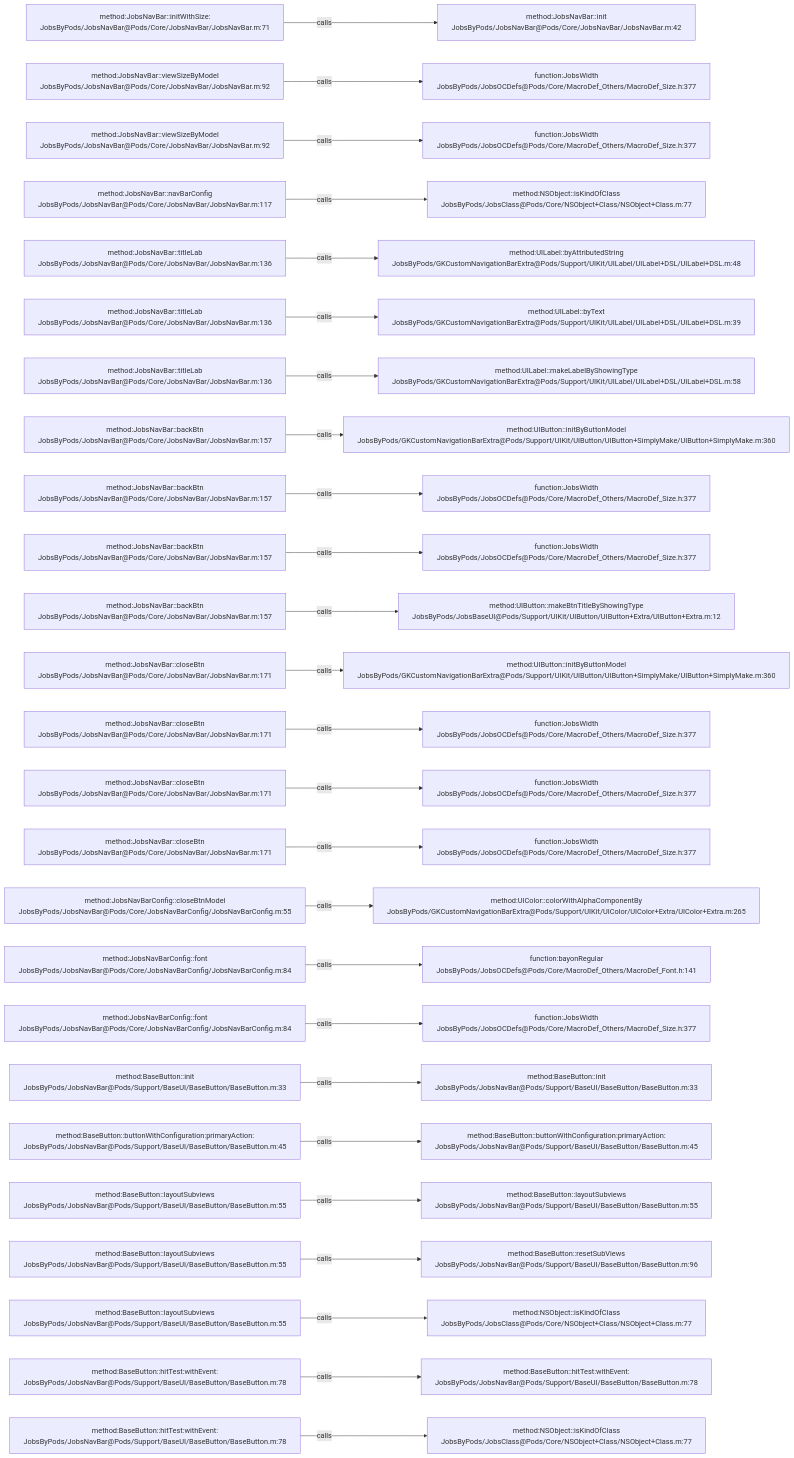
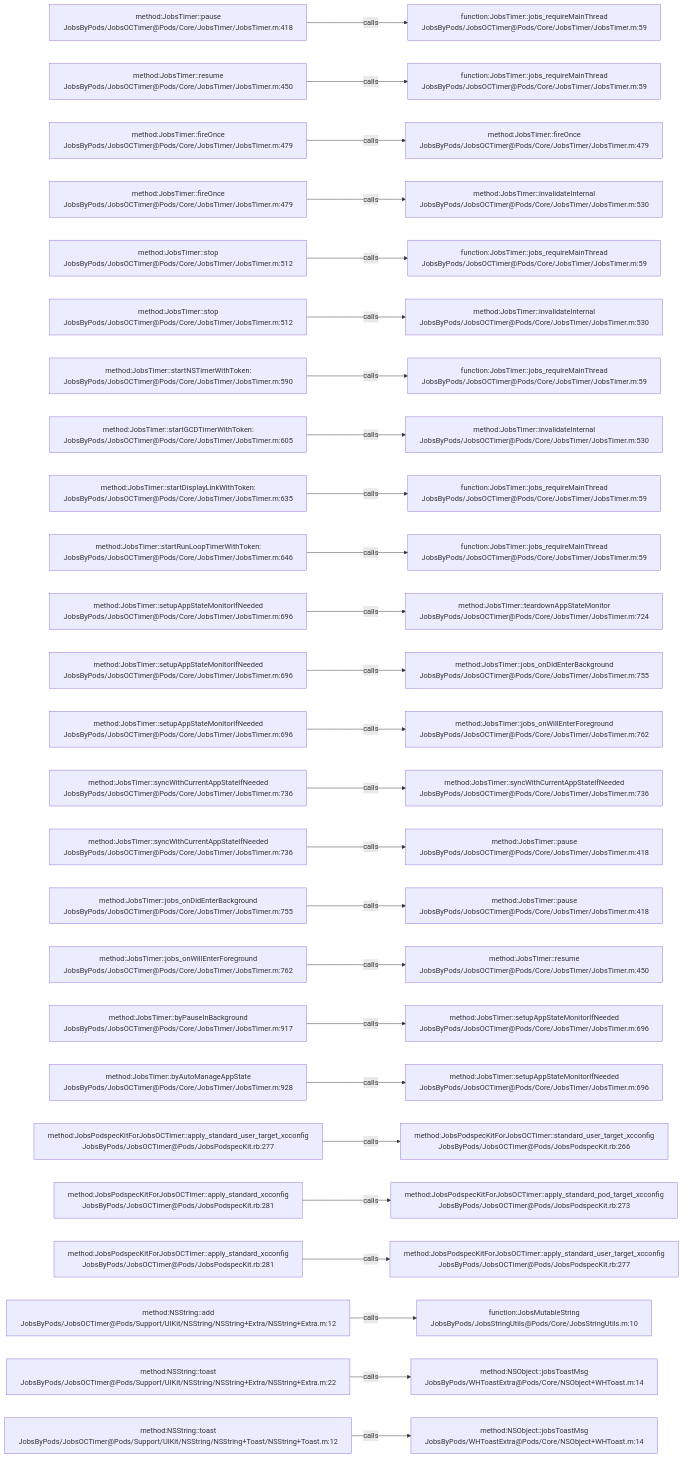
Before and after one commit to JobsKits/JobsOCBaseConfigDemo: the diagram in .codegraph/codegraph.md/graphs/calls-145.md, drawn with Mermaid. The commit also changed 1026 other files, not shown here.

````diff
--- a/.codegraph/codegraph.md/graphs/calls-145.md
+++ b/.codegraph/codegraph.md/graphs/calls-145.md
@@ -13,78 +13,78 @@
 ```mermaid
 flowchart LR
-  S1["method:JobsNavBar::initWithSize:<br/>JobsByPods/JobsNavBar@Pods/Core/JobsNavBar/JobsNavBar.m:71"]
-  T1["method:JobsNavBar::init<br/>JobsByPods/JobsNavBar@Pods/Core/JobsNavBar/JobsNavBar.m:42"]
+  S1["method:JobsTimer::pause<br/>JobsByPods/JobsOCTimer@Pods/Core/JobsTimer/JobsTimer.m:418"]
+  T1["function:JobsTimer::jobs_requireMainThread<br/>JobsByPods/JobsOCTimer@Pods/Core/JobsTimer/JobsTimer.m:59"]
   S1 -->|calls| T1
-  S2["method:JobsNavBar::viewSizeByModel<br/>JobsByPods/JobsNavBar@Pods/Core/JobsNavBar/JobsNavBar.m:92"]
-  T2["function:JobsWidth<br/>JobsByPods/JobsOCDefs@Pods/Core/MacroDef_Others/MacroDef_Size.h:377"]
+  S2["method:JobsTimer::resume<br/>JobsByPods/JobsOCTimer@Pods/Core/JobsTimer/JobsTimer.m:450"]
+  T2["function:JobsTimer::jobs_requireMainThread<br/>JobsByPods/JobsOCTimer@Pods/Core/JobsTimer/JobsTimer.m:59"]
   S2 -->|calls| T2
-  S3["method:JobsNavBar::viewSizeByModel<br/>JobsByPods/JobsNavBar@Pods/Core/JobsNavBar/JobsNavBar.m:92"]
-  T3["function:JobsWidth<br/>JobsByPods/JobsOCDefs@Pods/Core/MacroDef_Others/MacroDef_Size.h:377"]
+  S3["method:JobsTimer::fireOnce<br/>JobsByPods/JobsOCTimer@Pods/Core/JobsTimer/JobsTimer.m:479"]
+  T3["method:JobsTimer::fireOnce<br/>JobsByPods/JobsOCTimer@Pods/Core/JobsTimer/JobsTimer.m:479"]
   S3 -->|calls| T3
-  S4["method:JobsNavBar::navBarConfig<br/>JobsByPods/JobsNavBar@Pods/Core/JobsNavBar/JobsNavBar.m:117"]
-  T4["method:NSObject::isKindOfClass<br/>JobsByPods/JobsClass@Pods/Core/NSObject+Class/NSObject+Class.m:77"]
+  S4["method:JobsTimer::fireOnce<br/>JobsByPods/JobsOCTimer@Pods/Core/JobsTimer/JobsTimer.m:479"]
+  T4["method:JobsTimer::invalidateInternal<br/>JobsByPods/JobsOCTimer@Pods/Core/JobsTimer/JobsTimer.m:530"]
   S4 -->|calls| T4
-  S5["method:JobsNavBar::titleLab<br/>JobsByPods/JobsNavBar@Pods/Core/JobsNavBar/JobsNavBar.m:136"]
-  T5["method:UILabel::byAttributedString<br/>JobsByPods/GKCustomNavigationBarExtra@Pods/Support/UIKit/UILabel/UILabel+DSL/UILabel+DSL.m:48"]
+  S5["method:JobsTimer::stop<br/>JobsByPods/JobsOCTimer@Pods/Core/JobsTimer/JobsTimer.m:512"]
+  T5["function:JobsTimer::jobs_requireMainThread<br/>JobsByPods/JobsOCTimer@Pods/Core/JobsTimer/JobsTimer.m:59"]
   S5 -->|calls| T5
-  S6["method:JobsNavBar::titleLab<br/>JobsByPods/JobsNavBar@Pods/Core/JobsNavBar/JobsNavBar.m:136"]
-  T6["method:UILabel::byText<br/>JobsByPods/GKCustomNavigationBarExtra@Pods/Support/UIKit/UILabel/UILabel+DSL/UILabel+DSL.m:39"]
+  S6["method:JobsTimer::stop<br/>JobsByPods/JobsOCTimer@Pods/Core/JobsTimer/JobsTimer.m:512"]
+  T6["method:JobsTimer::invalidateInternal<br/>JobsByPods/JobsOCTimer@Pods/Core/JobsTimer/JobsTimer.m:530"]
   S6 -->|calls| T6
-  S7["method:JobsNavBar::titleLab<br/>JobsByPods/JobsNavBar@Pods/Core/JobsNavBar/JobsNavBar.m:136"]
-  T7["method:UILabel::makeLabelByShowingType<br/>JobsByPods/GKCustomNavigationBarExtra@Pods/Support/UIKit/UILabel/UILabel+DSL/UILabel+DSL.m:58"]
+  S7["method:JobsTimer::startNSTimerWithToken:<br/>JobsByPods/JobsOCTimer@Pods/Core/JobsTimer/JobsTimer.m:590"]
+  T7["function:JobsTimer::jobs_requireMainThread<br/>JobsByPods/JobsOCTimer@Pods/Core/JobsTimer/JobsTimer.m:59"]
   S7 -->|calls| T7
-  S8["method:JobsNavBar::backBtn<br/>JobsByPods/JobsNavBar@Pods/Core/JobsNavBar/JobsNavBar.m:157"]
-  T8["method:UIButton::initByButtonModel<br/>JobsByPods/GKCustomNavigationBarExtra@Pods/Support/UIKit/UIButton/UIButton+SimplyMake/UIButton+SimplyMake.m:360"]
+  S8["method:JobsTimer::startGCDTimerWithToken:<br/>JobsByPods/JobsOCTimer@Pods/Core/JobsTimer/JobsTimer.m:605"]
+  T8["method:JobsTimer::invalidateInternal<br/>JobsByPods/JobsOCTimer@Pods/Core/JobsTimer/JobsTimer.m:530"]
   S8 -->|calls| T8
-  S9["method:JobsNavBar::backBtn<br/>JobsByPods/JobsNavBar@Pods/Core/JobsNavBar/JobsNavBar.m:157"]
-  T9["function:JobsWidth<br/>JobsByPods/JobsOCDefs@Pods/Core/MacroDef_Others/MacroDef_Size.h:377"]
+  S9["method:JobsTimer::startDisplayLinkWithToken:<br/>JobsByPods/JobsOCTimer@Pods/Core/JobsTimer/JobsTimer.m:635"]
+  T9["function:JobsTimer::jobs_requireMainThread<br/>JobsByPods/JobsOCTimer@Pods/Core/JobsTimer/JobsTimer.m:59"]
   S9 -->|calls| T9
-  S10["method:JobsNavBar::backBtn<br/>JobsByPods/JobsNavBar@Pods/Core/JobsNavBar/JobsNavBar.m:157"]
-  T10["function:JobsWidth<br/>JobsByPods/JobsOCDefs@Pods/Core/MacroDef_Others/MacroDef_Size.h:377"]
+  S10["method:JobsTimer::startRunLoopTimerWithToken:<br/>JobsByPods/JobsOCTimer@Pods/Core/JobsTimer/JobsTimer.m:646"]
+  T10["function:JobsTimer::jobs_requireMainThread<br/>JobsByPods/JobsOCTimer@Pods/Core/JobsTimer/JobsTimer.m:59"]
   S10 -->|calls| T10
-  S11["method:JobsNavBar::backBtn<br/>JobsByPods/JobsNavBar@Pods/Core/JobsNavBar/JobsNavBar.m:157"]
-  T11["method:UIButton::makeBtnTitleByShowingType<br/>JobsByPods/JobsBaseUI@Pods/Support/UIKit/UIButton/UIButton+Extra/UIButton+Extra.m:12"]
+  S11["method:JobsTimer::setupAppStateMonitorIfNeeded<br/>JobsByPods/JobsOCTimer@Pods/Core/JobsTimer/JobsTimer.m:696"]
+  T11["method:JobsTimer::teardownAppStateMonitor<br/>JobsByPods/JobsOCTimer@Pods/Core/JobsTimer/JobsTimer.m:724"]
   S11 -->|calls| T11
-  S12["method:JobsNavBar::closeBtn<br/>JobsByPods/JobsNavBar@Pods/Core/JobsNavBar/JobsNavBar.m:171"]
-  T12["method:UIButton::initByButtonModel<br/>JobsByPods/GKCustomNavigationBarExtra@Pods/Support/UIKit/UIButton/UIButton+SimplyMake/UIButton+SimplyMake.m:360"]
+  S12["method:JobsTimer::setupAppStateMonitorIfNeeded<br/>JobsByPods/JobsOCTimer@Pods/Core/JobsTimer/JobsTimer.m:696"]
+  T12["method:JobsTimer::jobs_onDidEnterBackground<br/>JobsByPods/JobsOCTimer@Pods/Core/JobsTimer/JobsTimer.m:755"]
   S12 -->|calls| T12
-  S13["method:JobsNavBar::closeBtn<br/>JobsByPods/JobsNavBar@Pods/Core/JobsNavBar/JobsNavBar.m:171"]
-  T13["function:JobsWidth<br/>JobsByPods/JobsOCDefs@Pods/Core/MacroDef_Others/MacroDef_Size.h:377"]
+  S13["method:JobsTimer::setupAppStateMonitorIfNeeded<br/>JobsByPods/JobsOCTimer@Pods/Core/JobsTimer/JobsTimer.m:696"]
+  T13["method:JobsTimer::jobs_onWillEnterForeground<br/>JobsByPods/JobsOCTimer@Pods/Core/JobsTimer/JobsTimer.m:762"]
   S13 -->|calls| T13
-  S14["method:JobsNavBar::closeBtn<br/>JobsByPods/JobsNavBar@Pods/Core/JobsNavBar/JobsNavBar.m:171"]
-  T14["function:JobsWidth<br/>JobsByPods/JobsOCDefs@Pods/Core/MacroDef_Others/MacroDef_Size.h:377"]
+  S14["method:JobsTimer::syncWithCurrentAppStateIfNeeded<br/>JobsByPods/JobsOCTimer@Pods/Core/JobsTimer/JobsTimer.m:736"]
+  T14["method:JobsTimer::syncWithCurrentAppStateIfNeeded<br/>JobsByPods/JobsOCTimer@Pods/Core/JobsTimer/JobsTimer.m:736"]
   S14 -->|calls| T14
-  S15["method:JobsNavBar::closeBtn<br/>JobsByPods/JobsNavBar@Pods/Core/JobsNavBar/JobsNavBar.m:171"]
-  T15["function:JobsWidth<br/>JobsByPods/JobsOCDefs@Pods/Core/MacroDef_Others/MacroDef_Size.h:377"]
+  S15["method:JobsTimer::syncWithCurrentAppStateIfNeeded<br/>JobsByPods/JobsOCTimer@Pods/Core/JobsTimer/JobsTimer.m:736"]
+  T15["method:JobsTimer::pause<br/>JobsByPods/JobsOCTimer@Pods/Core/JobsTimer/JobsTimer.m:418"]
   S15 -->|calls| T15
-  S16["method:JobsNavBarConfig::closeBtnModel<br/>JobsByPods/JobsNavBar@Pods/Core/JobsNavBarConfig/JobsNavBarConfig.m:55"]
-  T16["method:UIColor::colorWithAlphaComponentBy<br/>JobsByPods/GKCustomNavigationBarExtra@Pods/Support/UIKit/UIColor/UIColor+Extra/UIColor+Extra.m:265"]
+  S16["method:JobsTimer::jobs_onDidEnterBackground<br/>JobsByPods/JobsOCTimer@Pods/Core/JobsTimer/JobsTimer.m:755"]
+  T16["method:JobsTimer::pause<br/>JobsByPods/JobsOCTimer@Pods/Core/JobsTimer/JobsTimer.m:418"]
   S16 -->|calls| T16
-  S17["method:JobsNavBarConfig::font<br/>JobsByPods/JobsNavBar@Pods/Core/JobsNavBarConfig/JobsNavBarConfig.m:84"]
-  T17["function:bayonRegular<br/>JobsByPods/JobsOCDefs@Pods/Core/MacroDef_Others/MacroDef_Font.h:141"]
+  S17["method:JobsTimer::jobs_onWillEnterForeground<br/>JobsByPods/JobsOCTimer@Pods/Core/JobsTimer/JobsTimer.m:762"]
+  T17["method:JobsTimer::resume<br/>JobsByPods/JobsOCTimer@Pods/Core/JobsTimer/JobsTimer.m:450"]
   S17 -->|calls| T17
-  S18["method:JobsNavBarConfig::font<br/>JobsByPods/JobsNavBar@Pods/Core/JobsNavBarConfig/JobsNavBarConfig.m:84"]
-  T18["function:JobsWidth<br/>JobsByPods/JobsOCDefs@Pods/Core/MacroDef_Others/MacroDef_Size.h:377"]
+  S18["method:JobsTimer::byPauseInBackground<br/>JobsByPods/JobsOCTimer@Pods/Core/JobsTimer/JobsTimer.m:917"]
+  T18["method:JobsTimer::setupAppStateMonitorIfNeeded<br/>JobsByPods/JobsOCTimer@Pods/Core/JobsTimer/JobsTimer.m:696"]
   S18 -->|calls| T18
-  S19["method:BaseButton::init<br/>JobsByPods/JobsNavBar@Pods/Support/BaseUI/BaseButton/BaseButton.m:33"]
-  T19["method:BaseButton::init<br/>JobsByPods/JobsNavBar@Pods/Support/BaseUI/BaseButton/BaseButton.m:33"]
+  S19["method:JobsTimer::byAutoManageAppState<br/>JobsByPods/JobsOCTimer@Pods/Core/JobsTimer/JobsTimer.m:928"]
+  T19["method:JobsTimer::setupAppStateMonitorIfNeeded<br/>JobsByPods/JobsOCTimer@Pods/Core/JobsTimer/JobsTimer.m:696"]
   S19 -->|calls| T19
-  S20["method:BaseButton::buttonWithConfiguration:primaryAction:<br/>JobsByPods/JobsNavBar@Pods/Support/BaseUI/BaseButton/BaseButton.m:45"]
-  T20["method:BaseButton::buttonWithConfiguration:primaryAction:<br/>JobsByPods/JobsNavBar@Pods/Support/BaseUI/BaseButton/BaseButton.m:45"]
+  S20["method:JobsPodspecKitForJobsOCTimer::apply_standard_user_target_xcconfig<br/>JobsByPods/JobsOCTimer@Pods/JobsPodspecKit.rb:277"]
+  T20["method:JobsPodspecKitForJobsOCTimer::standard_user_target_xcconfig<br/>JobsByPods/JobsOCTimer@Pods/JobsPodspecKit.rb:266"]
   S20 -->|calls| T20
-  S21["method:BaseButton::layoutSubviews<br/>JobsByPods/JobsNavBar@Pods/Support/BaseUI/BaseButton/BaseButton.m:55"]
-  T21["method:BaseButton::layoutSubviews<br/>JobsByPods/JobsNavBar@Pods/Support/BaseUI/BaseButton/BaseButton.m:55"]
+  S21["method:JobsPodspecKitForJobsOCTimer::apply_standard_xcconfig<br/>JobsByPods/JobsOCTimer@Pods/JobsPodspecKit.rb:281"]
+  T21["method:JobsPodspecKitForJobsOCTimer::apply_standard_pod_target_xcconfig<br/>JobsByPods/JobsOCTimer@Pods/JobsPodspecKit.rb:273"]
   S21 -->|calls| T21
-  S22["method:BaseButton::layoutSubviews<br/>JobsByPods/JobsNavBar@Pods/Support/BaseUI/BaseButton/BaseButton.m:55"]
-  T22["method:BaseButton::resetSubViews<br/>JobsByPods/JobsNavBar@Pods/Support/BaseUI/BaseButton/BaseButton.m:96"]
+  S22["method:JobsPodspecKitForJobsOCTimer::apply_standard_xcconfig<br/>JobsByPods/JobsOCTimer@Pods/JobsPodspecKit.rb:281"]
+  T22["method:JobsPodspecKitForJobsOCTimer::apply_standard_user_target_xcconfig<br/>JobsByPods/JobsOCTimer@Pods/JobsPodspecKit.rb:277"]
   S22 -->|calls| T22
-  S23["method:BaseButton::layoutSubviews<br/>JobsByPods/JobsNavBar@Pods/Support/BaseUI/BaseButton/BaseButton.m:55"]
-  T23["method:NSObject::isKindOfClass<br/>JobsByPods/JobsClass@Pods/Core/NSObject+Class/NSObject+Class.m:77"]
+  S23["method:NSString::add<br/>JobsByPods/JobsOCTimer@Pods/Support/UIKit/NSString/NSString+Extra/NSString+Extra.m:12"]
+  T23["function:JobsMutableString<br/>JobsByPods/JobsStringUtils@Pods/Core/JobsStringUtils.m:10"]
   S23 -->|calls| T23
-  S24["method:BaseButton::hitTest:withEvent:<br/>JobsByPods/JobsNavBar@Pods/Support/BaseUI/BaseButton/BaseButton.m:78"]
-  T24["method:BaseButton::hitTest:withEvent:<br/>JobsByPods/JobsNavBar@Pods/Support/BaseUI/BaseButton/BaseButton.m:78"]
+  S24["method:NSString::toast<br/>JobsByPods/JobsOCTimer@Pods/Support/UIKit/NSString/NSString+Extra/NSString+Extra.m:22"]
+  T24["method:NSObject::jobsToastMsg<br/>JobsByPods/WHToastExtra@Pods/Core/NSObject+WHToast.m:14"]
   S24 -->|calls| T24
-  S25["method:BaseButton::hitTest:withEvent:<br/>JobsByPods/JobsNavBar@Pods/Support/BaseUI/BaseButton/BaseButton.m:78"]
-  T25["method:NSObject::isKindOfClass<br/>JobsByPods/JobsClass@Pods/Core/NSObject+Class/NSObject+Class.m:77"]
+  S25["method:NSString::toast<br/>JobsByPods/JobsOCTimer@Pods/Support/UIKit/NSString/NSString+Toast/NSString+Toast.m:12"]
+  T25["method:NSObject::jobsToastMsg<br/>JobsByPods/WHToastExtra@Pods/Core/NSObject+WHToast.m:14"]
   S25 -->|calls| T25
 ```
````
